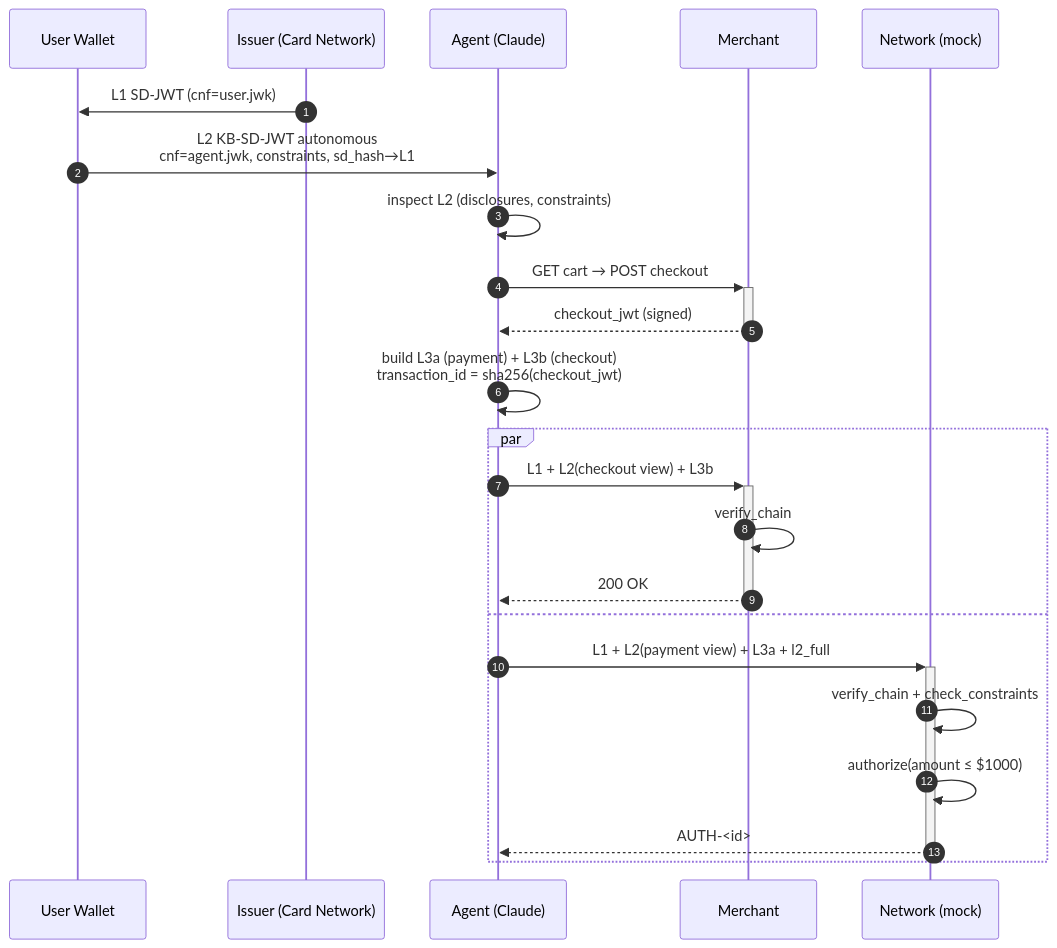
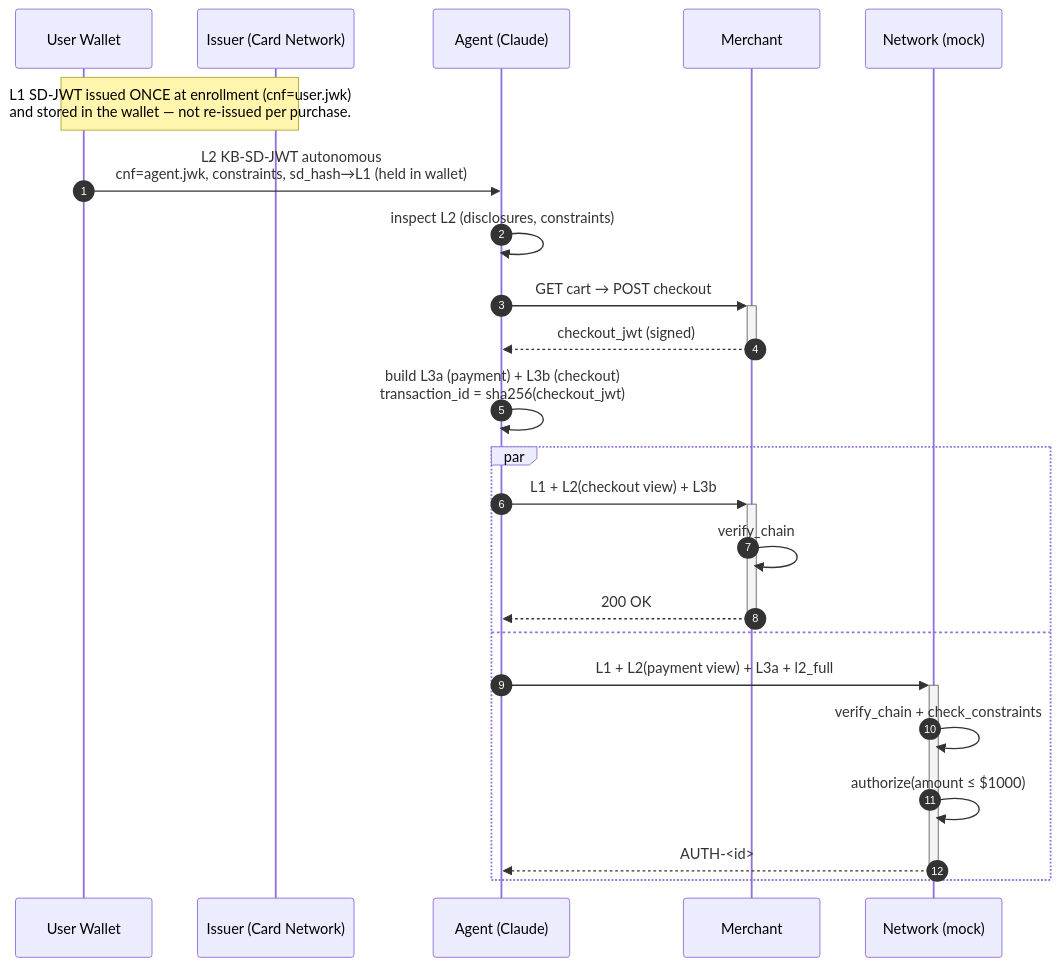
The diagram in docs/architecture.md (manuelpsnunes/VerifiableIntentDemo), drawn with Mermaid before and after one commit. The commit also changed other lines of this file and 14 other files, not shown here.

Commit message:
Expand pedagogical layer: richer spec drawer, narratives, SD-JWT X-ray, stakeholder graph

````diff
--- a/docs/architecture.md
+++ b/docs/architecture.md
@@ -62,26 +62,26 @@
 ```mermaid
 sequenceDiagram
     autonumber
     participant U as User Wallet
     participant I as Issuer (Card Network)
     participant A as Agent (Claude)
     participant M as Merchant
     participant N as Network (mock)
 
-    I->>U: L1 SD-JWT (cnf=user.jwk)
-    U->>A: L2 KB-SD-JWT autonomous<br/>cnf=agent.jwk, constraints, sd_hash→L1
+    Note over I,U: L1 SD-JWT issued ONCE at enrollment (cnf=user.jwk)<br/>and stored in the wallet — not re-issued per purchase.
+    U->>A: L2 KB-SD-JWT autonomous<br/>cnf=agent.jwk, constraints, sd_hash→L1 (held in wallet)
     A->>A: inspect L2 (disclosures, constraints)
     A->>+M: GET cart → POST checkout
     M-->>-A: checkout_jwt (signed)
     A->>A: build L3a (payment) + L3b (checkout)<br/>transaction_id = sha256(checkout_jwt)
     par
         A->>+M: L1 + L2(checkout view) + L3b
         M->>M: verify_chain
         M-->>-A: 200 OK
     and
         A->>+N: L1 + L2(payment view) + L3a + l2_full
         N->>N: verify_chain + check_constraints
         N->>N: authorize(amount ≤ $1000)
         N-->>-A: AUTH-<id>
     end
 ```
````
